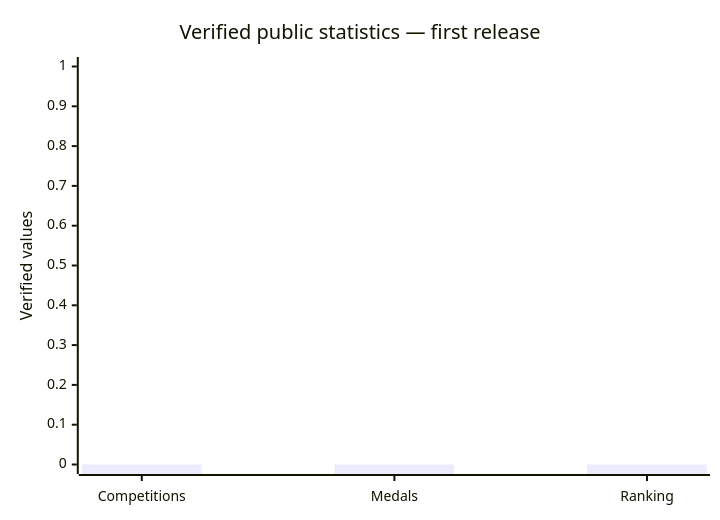
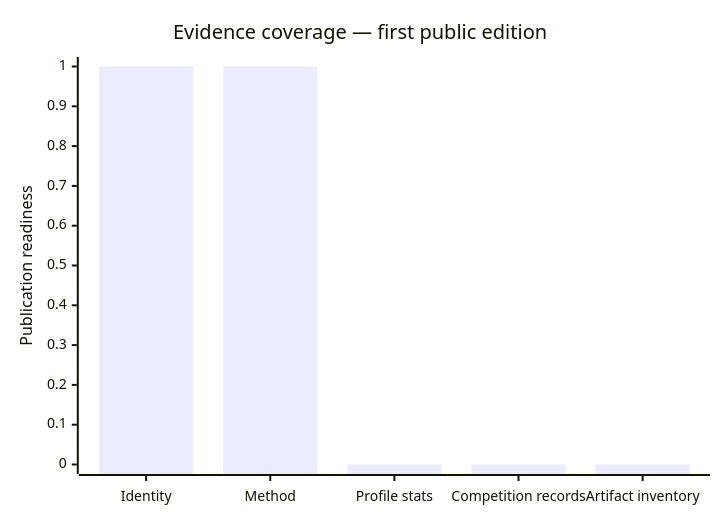
The second of 3 diagrams in README.md (PascalAI2024/Kaggle-Portfolio), drawn with Mermaid before and after one commit. The commit also changed other lines of this file and 7 other files, not shown here.

````diff
--- a/README.md
+++ b/README.md
@@ -41,7 +74,7 @@
 ```mermaid
 xychart-beta
-    title "Verified public statistics — first release"
-    x-axis ["Competitions", "Medals", "Ranking"]
-    y-axis "Verified values" 0 --> 1
-    bar [0, 0, 0]
+    title "Evidence coverage — first public edition"
+    x-axis ["Identity", "Method", "Profile stats", "Competition records", "Artifact inventory"]
+    y-axis "Publication readiness" 0 --> 1
+    bar [1, 1, 0, 0, 0]
 ```
````
